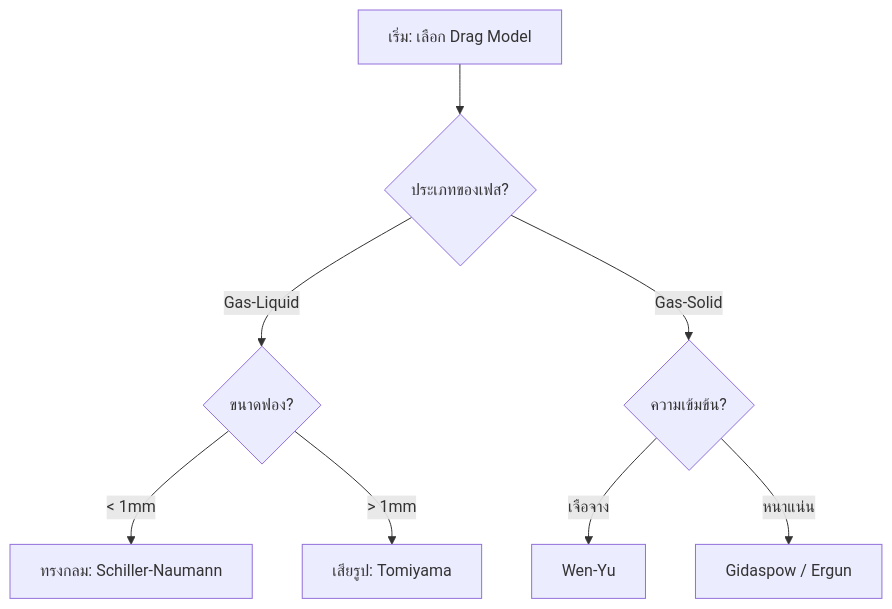
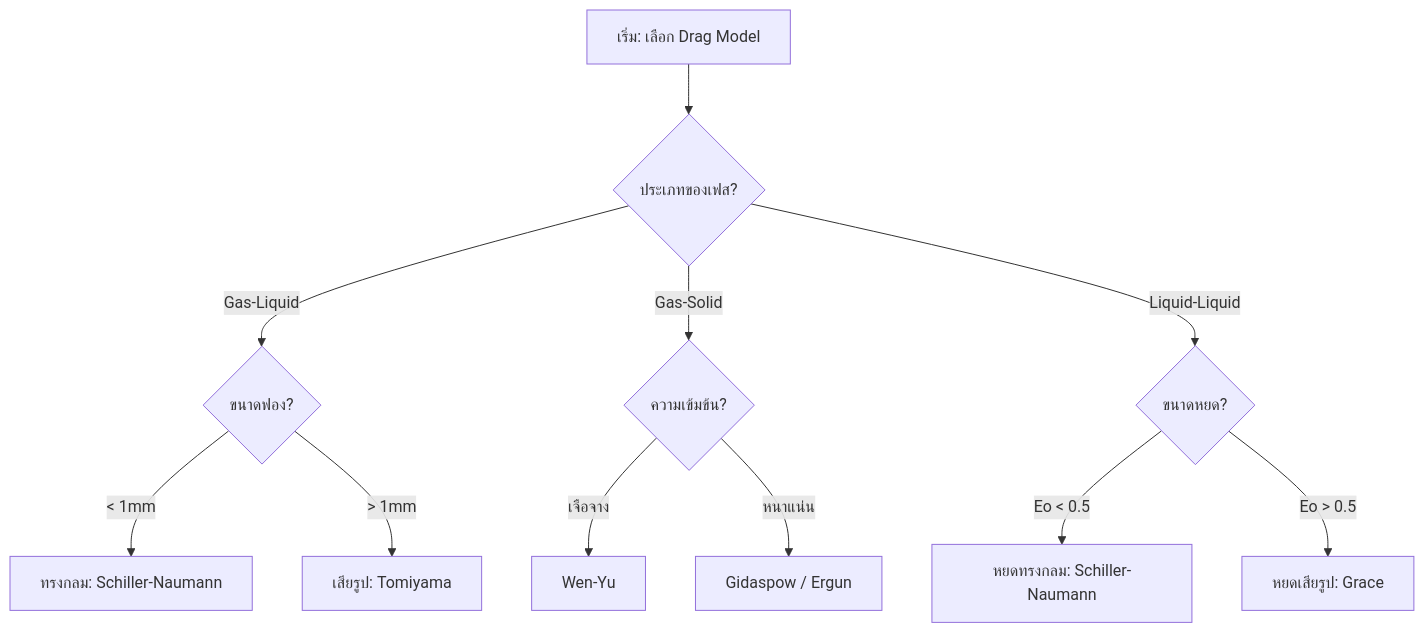
The first of 6 diagrams in MODULE_04_MULTIPHASE_FUNDAMENTALS/CONTENT/08_MODEL_SELECTION/05_Model_Selection_Flowchart.md (wramet/build-my-cfd), drawn with Mermaid before and after one commit. The commit also changed other lines of this file and 297 other files, not shown here.

Commit message:
Add explanation under mermaid diagram

````diff
--- a/MODULE_04_MULTIPHASE_FUNDAMENTALS/CONTENT/08_MODEL_SELECTION/05_Model_Selection_Flowchart.md
+++ b/MODULE_04_MULTIPHASE_FUNDAMENTALS/CONTENT/08_MODEL_SELECTION/05_Model_Selection_Flowchart.md
@@ -14,12 +97,17 @@
 ```mermaid
 flowchart TD
     Start[เริ่ม: เลือก Drag Model] --> Phase{ประเภทของเฟส?}
+
     Phase -->|Gas-Liquid| BubbleSize{ขนาดฟอง?}
     Phase -->|Gas-Solid| SolidConc{ความเข้มข้น?}
-    
+    Phase -->|Liquid-Liquid| DropSize{ขนาดหยด?}
+
     BubbleSize -->|< 1mm| SN[ทรงกลม: Schiller-Naumann]
     BubbleSize -->|> 1mm| Tomiyama[เสียรูป: Tomiyama]
-    
+
     SolidConc -->|เจือจาง| WY[Wen-Yu]
     SolidConc -->|หนาแน่น| Gidaspow[Gidaspow / Ergun]
+
+    DropSize -->|Eo < 0.5| SchillerSmall[หยดทรงกลม: Schiller-Naumann]
+    DropSize -->|Eo > 0.5| Grace[หยดเสียรูป: Grace]
 ```
````
